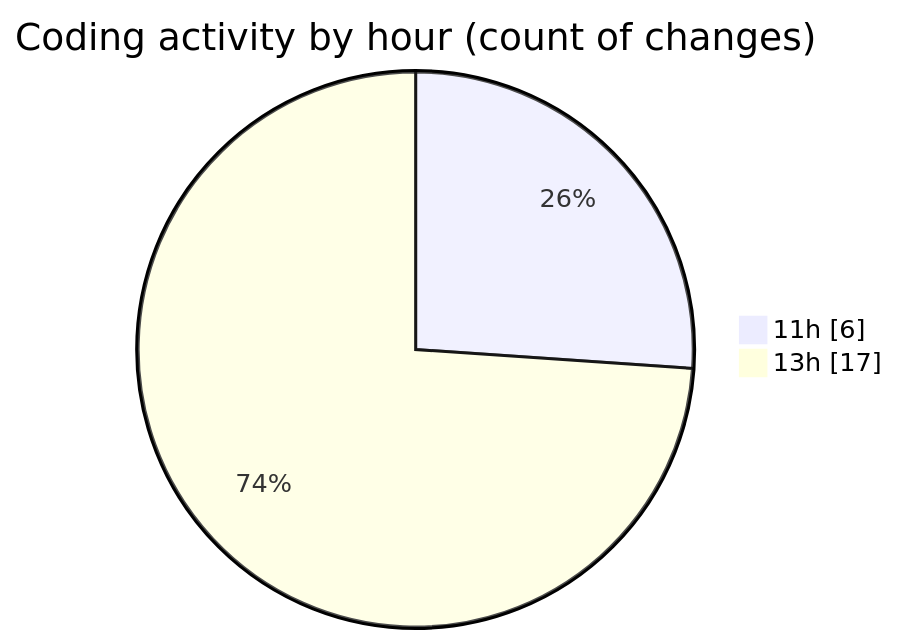
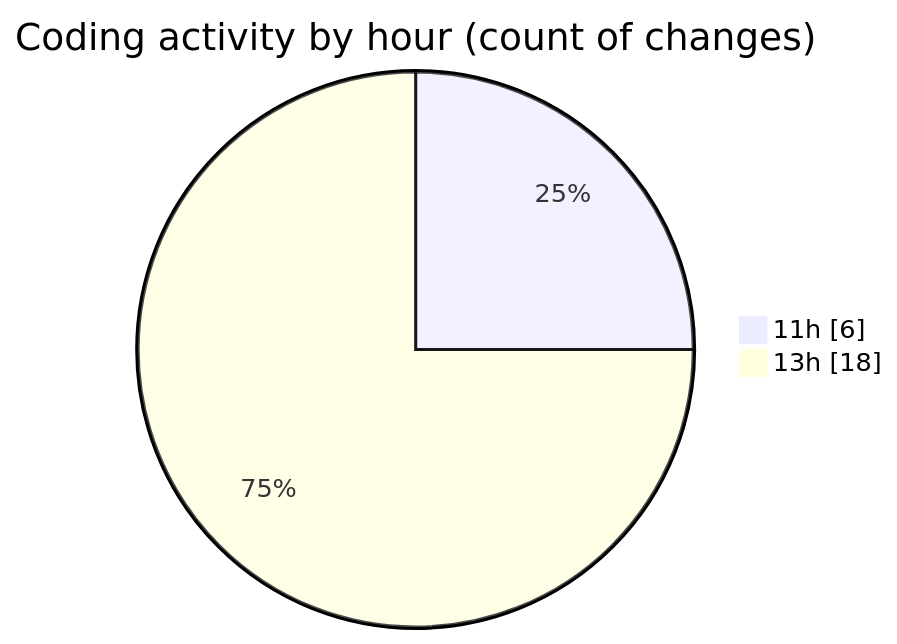
One commit to LanceThiago/code-tracking changed the second of 2 diagrams in 2025-04-24/enre_-_calculadora_de_consumo_v_2022_files/README.md. Above: the diagram before and after it, drawn with Mermaid. The commit also changed other lines of this file and 1 other file, not shown here.

````diff
--- a/2025-04-24/enre_-_calculadora_de_consumo_v_2022_files/README.md
+++ b/2025-04-24/enre_-_calculadora_de_consumo_v_2022_files/README.md
@@ -32,6 +32,6 @@
 ```mermaid
 pie showData
 title Coding activity by hour (count of changes)
 "11h" : 6
-"13h" : 17
+"13h" : 18
 ```
````
